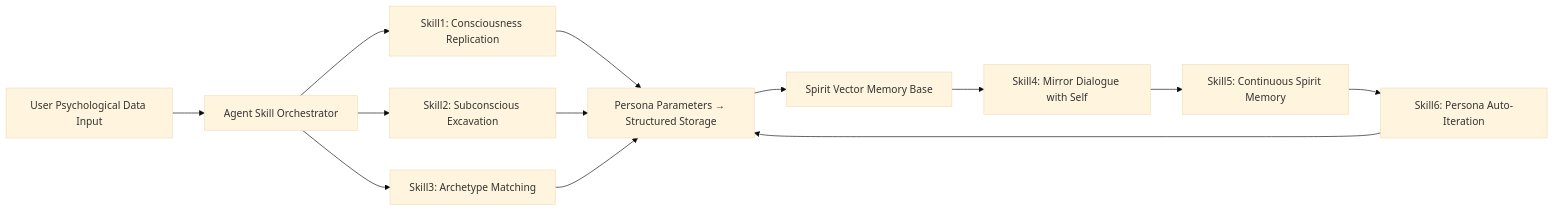
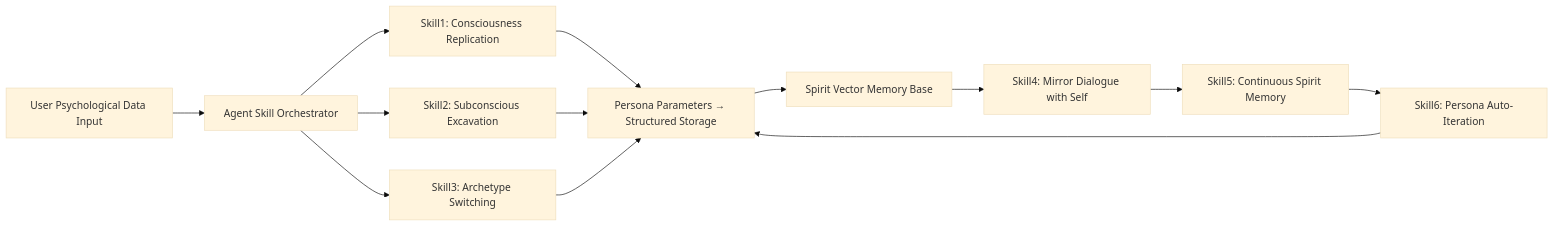
Before and after one commit to zhwenchao/jungian-soul-agent-skills: the diagram in flowchart/agent_flow.mermaid, drawn with Mermaid (base theme). The commit also changed 14 other files, not shown here.

```diff
--- a/flowchart/agent_flow.mermaid
+++ b/flowchart/agent_flow.mermaid
@@ -1,11 +1,11 @@
 flowchart LR
     A[User Psychological Data Input] --> B[Agent Skill Orchestrator]
     B --> C[Skill1: Consciousness Replication]
     B --> D[Skill2: Subconscious Excavation]
-    B --> E[Skill3: Archetype Matching]
+    B --> E[Skill3: Archetype Switching]
     C & D & E --> F[Persona Parameters → Structured Storage]
     F --> G[Spirit Vector Memory Base]
     G --> H[Skill4: Mirror Dialogue with Self]
     H --> I[Skill5: Continuous Spirit Memory]
     I --> J[Skill6: Persona Auto-Iteration]
     J --> F
```
